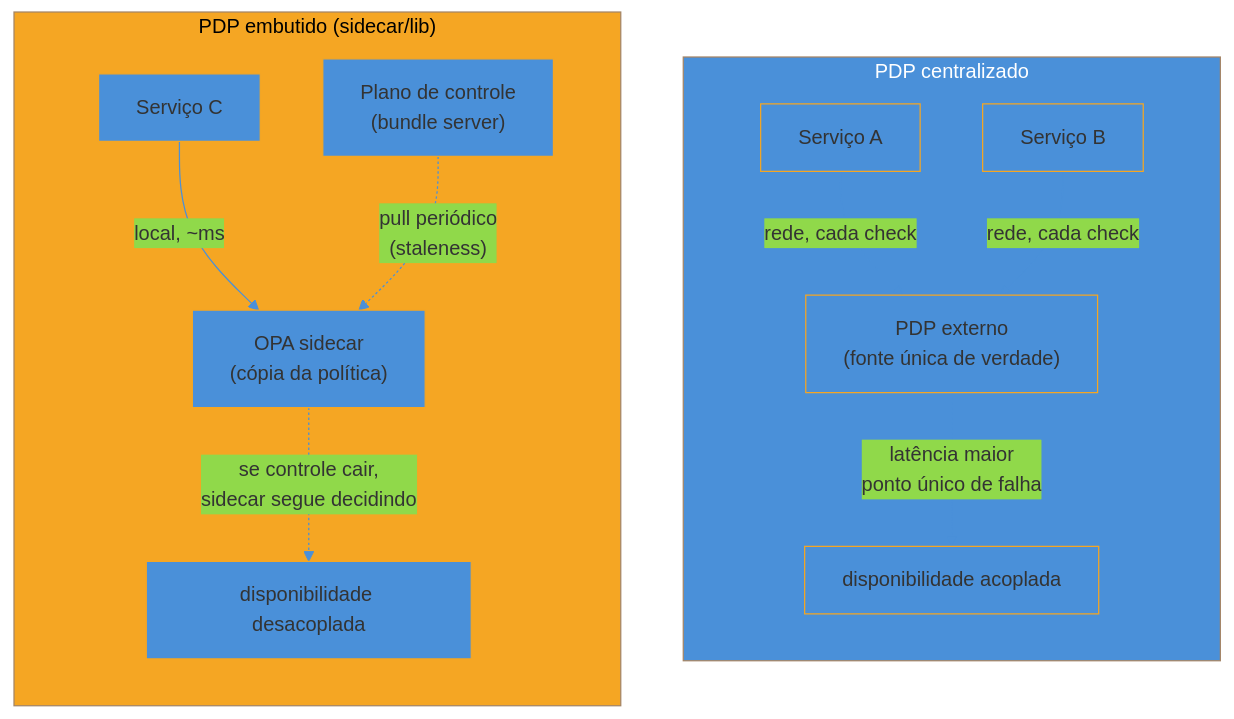
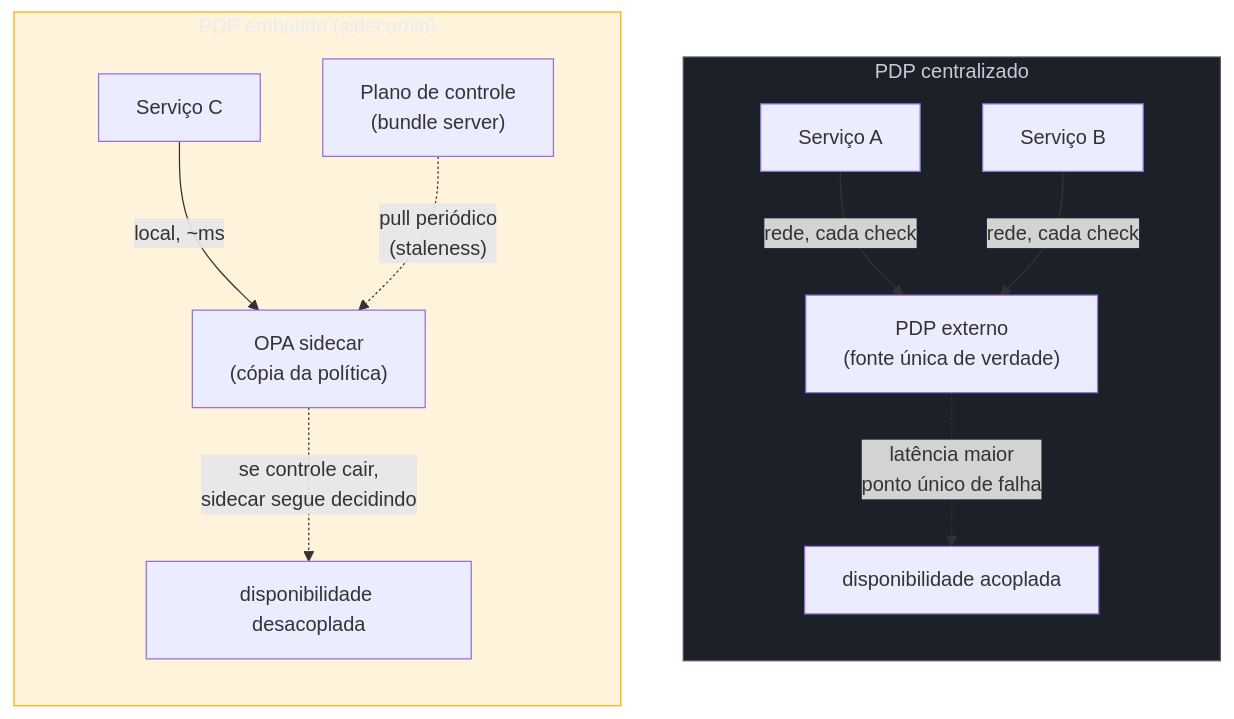
Before and after one commit to josenaldo/codex-technomanticus: the fourth of 4 diagrams in 03-Dominios/Engenharia/Auth e Identidade/3 - Autorização e multi-tenancy/02 - Fine-grained authorization — Zanzibar e policy-as-code.md, drawn with Mermaid. The commit also changed other lines of this file and 1181 other files, not shown here.

First line of the commit message:
fix(diagramas): paleta do sistema no lugar de cor cravada no markdown

````diff
--- a/03-Dominios/Engenharia/Auth e Identidade/3 - Autorização e multi-tenancy/02 - Fine-grained authorization — Zanzibar e policy-as-code.md
+++ b/03-Dominios/Engenharia/Auth e Identidade/3 - Autorização e multi-tenancy/02 - Fine-grained authorization — Zanzibar e policy-as-code.md
@@ -244,20 +243,21 @@
 ```mermaid
-%%{init: {"theme": "base", "themeVariables": {"primaryColor": "#4A90D9", "primaryBorderColor": "#F5A623", "lineColor": "#4A90D9"}}}%%
 graph TD
+    classDef neutro fill:#1B2029,stroke:#4E5666,color:#C6CCD8
+    classDef destaque fill:#FFAA0024,stroke:#FFAA00,color:#E9ECF2
     subgraph Centralizado["PDP centralizado"]
         direction TB
         S1["Serviço A"] -->|"rede, cada check"| PDP1["PDP externo<br/>(fonte única de verdade)"]
         S2["Serviço B"] -->|"rede, cada check"| PDP1
         PDP1 -.->|latência maior<br/>ponto único de falha| X1["disponibilidade acoplada"]
     end
 
     subgraph Embutido["PDP embutido (sidecar/lib)"]
         direction TB
         S3["Serviço C"] -->|"local, ~ms"| PDP2["OPA sidecar<br/>(cópia da política)"]
         PDP3["Plano de controle<br/>(bundle server)"] -.->|"pull periódico<br/>(staleness)"| PDP2
         PDP2 -.->|se controle cair,<br/>sidecar segue decidindo| X2["disponibilidade desacoplada"]
     end
 
-    style Centralizado fill:#4A90D9,color:#fff
-    style Embutido fill:#F5A623,color:#000
+    class Centralizado neutro
+    class Embutido destaque
 ```
````
